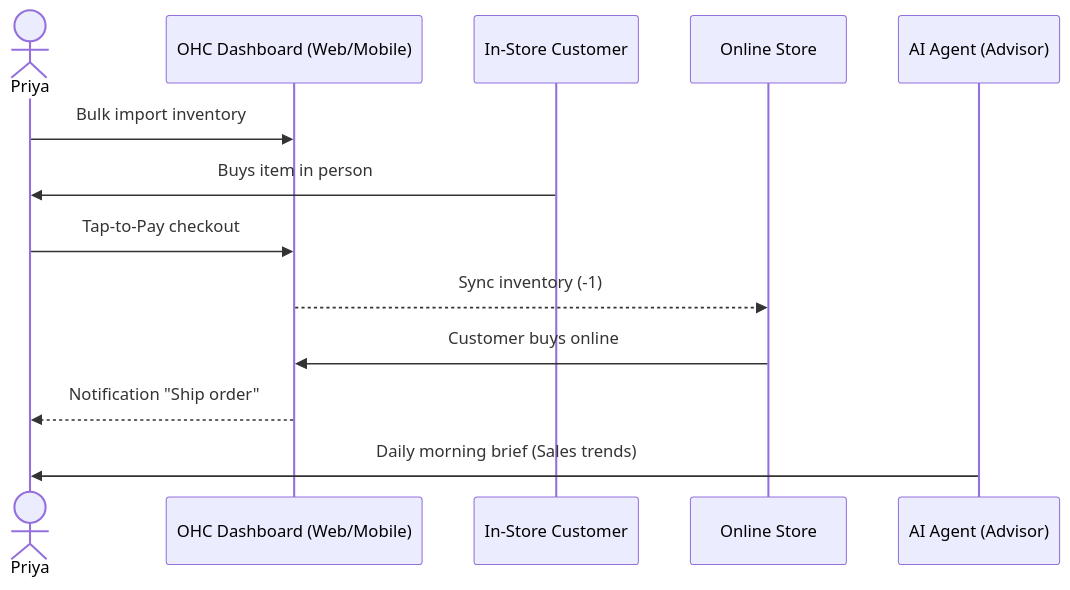
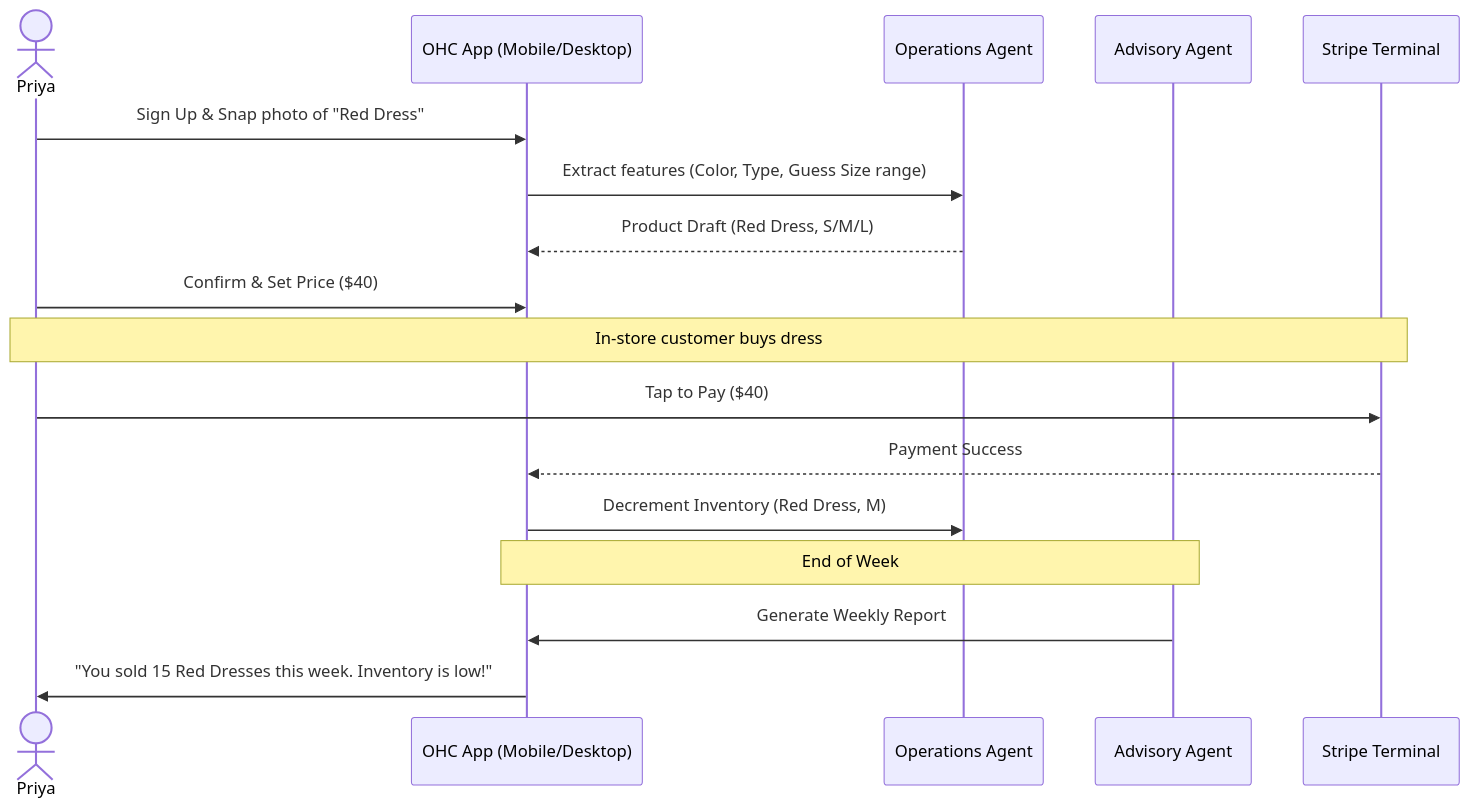
The third of 5 diagrams in docs/architecture/ohc_business_journey_architecture.md (omnisolo-llc/onehumancorp), drawn with Mermaid before and after one commit. The commit also changed other lines of this file, not shown here.

Commit message:
update business journey architecture doc

````diff
--- a/docs/architecture/ohc_business_journey_architecture.md
+++ b/docs/architecture/ohc_business_journey_architecture.md
@@ -93,16 +122,24 @@
 ```mermaid
 sequenceDiagram
     actor Priya
-    participant OHC Dashboard (Web/Mobile)
-    participant In-Store Customer
-    participant Online Store
-    participant AI Agent (Advisor)
+    participant App as OHC App (Mobile/Desktop)
+    participant AI_Op as Operations Agent
+    participant AI_Adv as Advisory Agent
+    participant StripeTerm as Stripe Terminal
 
-    Priya->>OHC Dashboard (Web/Mobile): Bulk import inventory
-    In-Store Customer->>Priya: Buys item in person
-    Priya->>OHC Dashboard (Web/Mobile): Tap-to-Pay checkout
-    OHC Dashboard (Web/Mobile)-->>Online Store: Sync inventory (-1)
-    Online Store->>OHC Dashboard (Web/Mobile): Customer buys online
-    OHC Dashboard (Web/Mobile)-->>Priya: Notification "Ship order"
-    AI Agent (Advisor)->>Priya: Daily morning brief (Sales trends)
+    Priya->>App: Sign Up & Snap photo of "Red Dress"
+    App->>AI_Op: Extract features (Color, Type, Guess Size range)
+    AI_Op-->>App: Product Draft (Red Dress, S/M/L)
+    Priya->>App: Confirm & Set Price ($40)
+
+    note over Priya,StripeTerm: In-store customer buys dress
+
+    Priya->>StripeTerm: Tap to Pay ($40)
+    StripeTerm-->>App: Payment Success
+    App->>AI_Op: Decrement Inventory (Red Dress, M)
+
+    note over App,AI_Adv: End of Week
+
+    AI_Adv->>App: Generate Weekly Report
+    App->>Priya: "You sold 15 Red Dresses this week. Inventory is low!"
 ```
````
